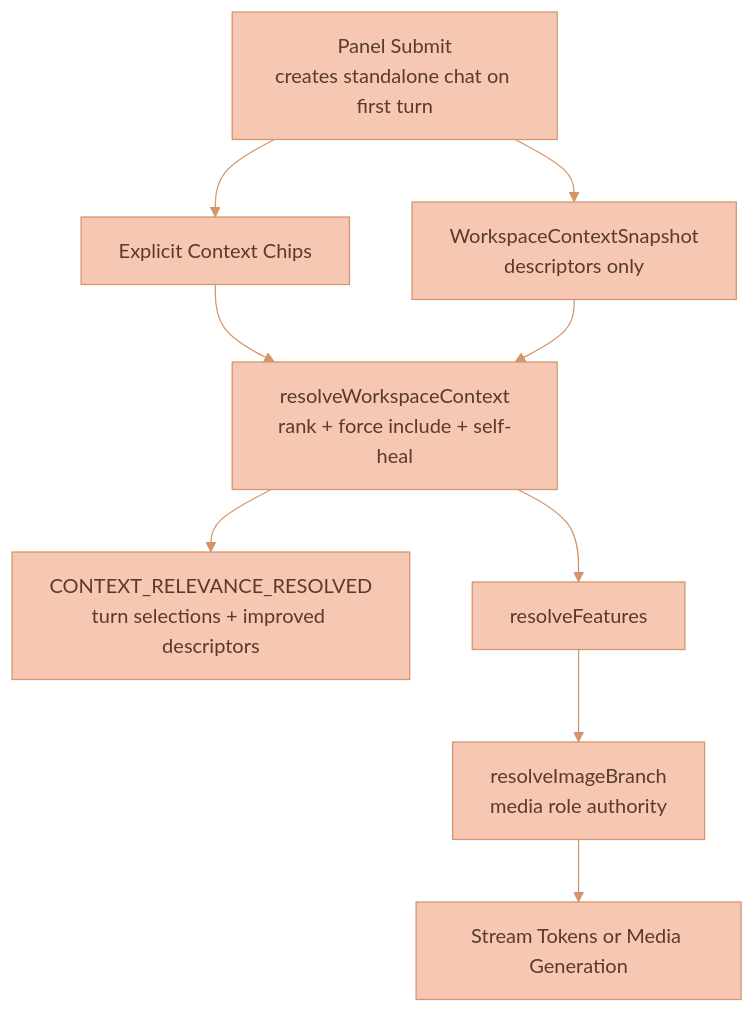
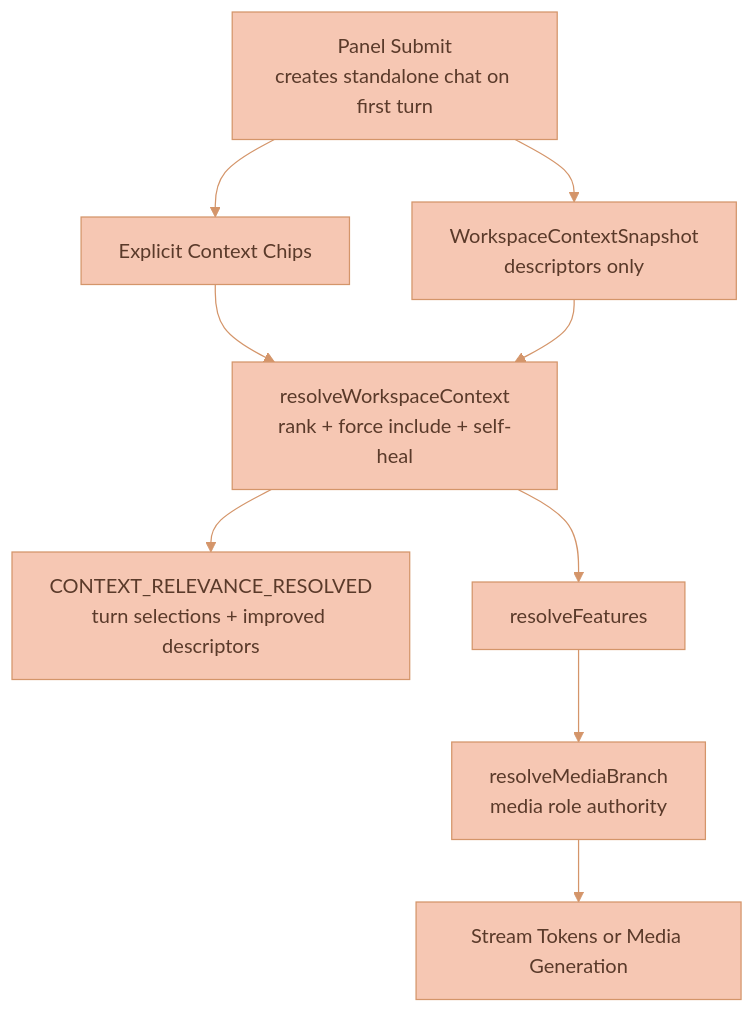
Before and after one commit to Lixpi/lixpi: the second of 2 diagrams in documentation/ai-chat/CHAT-PANEL-AND-SESSIONS.md, drawn with Mermaid. The commit also changed other lines of this file and 40 other files, not shown here.

Commit message:
LIX-307 # Rename image-branch resolver to media-branch resolver for image/video parity

````diff
--- a/documentation/ai-chat/CHAT-PANEL-AND-SESSIONS.md
+++ b/documentation/ai-chat/CHAT-PANEL-AND-SESSIONS.md
@@ -173,21 +173,21 @@
 ```mermaid
 %%{init: {'theme': 'base', 'themeVariables': { 'primaryColor': '#F6C7B3', 'primaryTextColor': '#5a3a2a', 'primaryBorderColor': '#d4956a', 'secondaryColor': '#C3DEDD', 'secondaryTextColor': '#1a3a47', 'secondaryBorderColor': '#4a8a9d', 'tertiaryColor': '#DCECE9', 'tertiaryTextColor': '#1a3a47', 'tertiaryBorderColor': '#82B2C0', 'lineColor': '#d4956a', 'textColor': '#5a3a2a'}}}%%
 flowchart TB
     Submit[Panel Submit<br/>creates standalone chat on first turn]
     Chips[Explicit Context Chips]
     Snapshot[WorkspaceContextSnapshot<br/>descriptors only]
     Relevance[resolveWorkspaceContext<br/>rank + force include + self-heal]
     Auto[CONTEXT_RELEVANCE_RESOLVED<br/>turn selections + improved descriptors]
     Features[resolveFeatures]
-    Branch[resolveImageBranch<br/>media role authority]
+    Branch[resolveMediaBranch<br/>media role authority]
     Stream[Stream Tokens or Media Generation]
 
     Submit --> Chips
     Submit --> Snapshot
     Chips --> Relevance
     Snapshot --> Relevance
     Relevance --> Auto
     Relevance --> Features
     Features --> Branch
     Branch --> Stream
 ```
````
